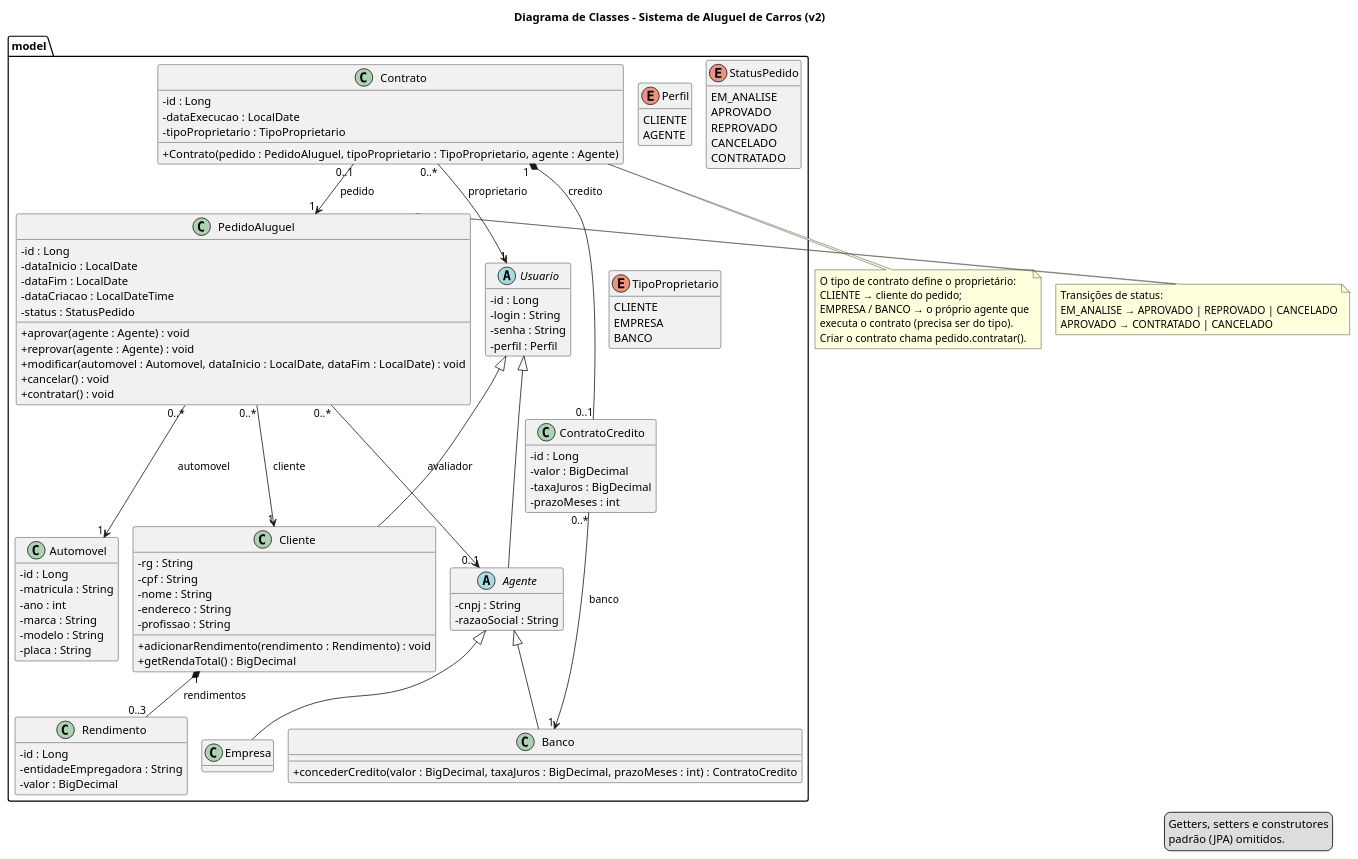
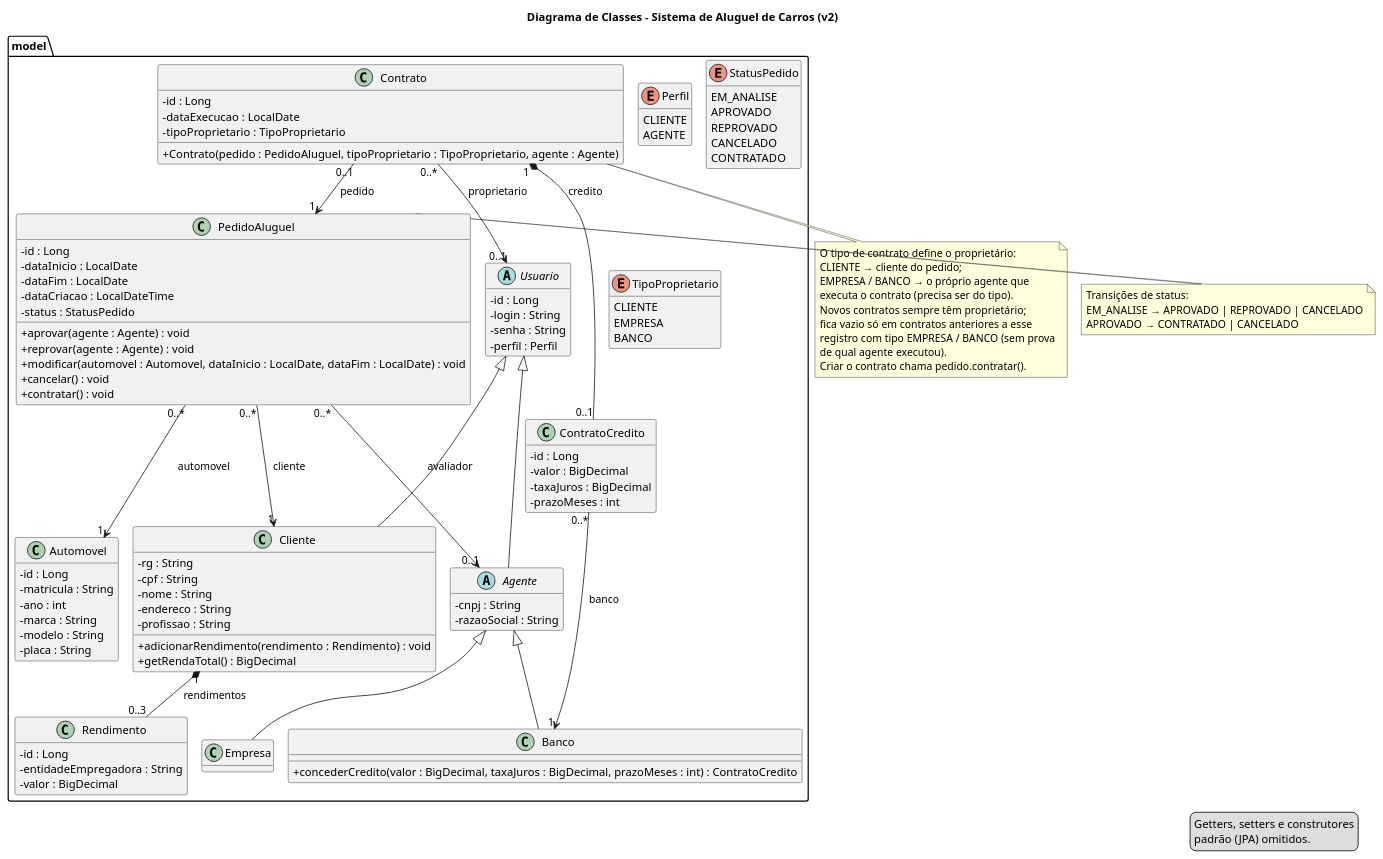
Before and after one commit to sophiafernandesc/car-rental-system: the diagram in docs/diagramas/classes/v2/classes.puml, drawn with PlantUML. The commit also changed 2 other files, not shown here.

Commit message:
docs: proprietário 0..1 no diagrama de classes e política de versionamento

```diff
--- a/docs/diagramas/classes/v2/classes.puml
+++ b/docs/diagramas/classes/v2/classes.puml
@@ -1,137 +1,141 @@
 @startuml classes
 ' Layout interno (dispensa instalação do Graphviz)
 !pragma layout smetana
 
 title Diagrama de Classes - Sistema de Aluguel de Carros (v2)
 
 skinparam classAttributeIconSize 0
 hide empty methods
 
 package "model" {
 
   abstract class Usuario {
     - id : Long
     - login : String
     - senha : String
     - perfil : Perfil
   }
 
   enum Perfil {
     CLIENTE
     AGENTE
   }
 
   class Cliente {
     - rg : String
     - cpf : String
     - nome : String
     - endereco : String
     - profissao : String
     + adicionarRendimento(rendimento : Rendimento) : void
     + getRendaTotal() : BigDecimal
   }
 
   class Rendimento {
     - id : Long
     - entidadeEmpregadora : String
     - valor : BigDecimal
   }
 
   abstract class Agente {
     - cnpj : String
     - razaoSocial : String
   }
 
   class Empresa
 
   class Banco {
     + concederCredito(valor : BigDecimal, taxaJuros : BigDecimal, prazoMeses : int) : ContratoCredito
   }
 
   class Automovel {
     - id : Long
     - matricula : String
     - ano : int
     - marca : String
     - modelo : String
     - placa : String
   }
 
   class PedidoAluguel {
     - id : Long
     - dataInicio : LocalDate
     - dataFim : LocalDate
     - dataCriacao : LocalDateTime
     - status : StatusPedido
     + aprovar(agente : Agente) : void
     + reprovar(agente : Agente) : void
     + modificar(automovel : Automovel, dataInicio : LocalDate, dataFim : LocalDate) : void
     + cancelar() : void
     + contratar() : void
   }
 
   enum StatusPedido {
     EM_ANALISE
     APROVADO
     REPROVADO
     CANCELADO
     CONTRATADO
   }
 
   class Contrato {
     - id : Long
     - dataExecucao : LocalDate
     - tipoProprietario : TipoProprietario
     + Contrato(pedido : PedidoAluguel, tipoProprietario : TipoProprietario, agente : Agente)
   }
 
   enum TipoProprietario {
     CLIENTE
     EMPRESA
     BANCO
   }
 
   class ContratoCredito {
     - id : Long
     - valor : BigDecimal
     - taxaJuros : BigDecimal
     - prazoMeses : int
   }
 }
 
 ' ===== Herança =====
 Usuario <|-- Cliente
 Usuario <|-- Agente
 Agente <|-- Empresa
 Agente <|-- Banco
 
 ' ===== Associações =====
 Cliente "1" *-- "0..3" Rendimento : rendimentos
 PedidoAluguel "0..*" --> "1" Cliente : cliente
 PedidoAluguel "0..*" --> "1" Automovel : automovel
 PedidoAluguel "0..*" --> "0..1" Agente : avaliador
 Contrato "0..1" --> "1" PedidoAluguel : pedido
 Contrato "1" *-- "0..1" ContratoCredito : credito
-Contrato "0..*" --> "1" Usuario : proprietario
+Contrato "0..*" --> "0..1" Usuario : proprietario
 ContratoCredito "0..*" --> "1" Banco : banco
 
 note bottom of Contrato
   O tipo de contrato define o proprietário:
   CLIENTE → cliente do pedido;
   EMPRESA / BANCO → o próprio agente que
   executa o contrato (precisa ser do tipo).
+  Novos contratos sempre têm proprietário;
+  fica vazio só em contratos anteriores a esse
+  registro com tipo EMPRESA / BANCO (sem prova
+  de qual agente executou).
   Criar o contrato chama pedido.contratar().
 end note
 
 note right of PedidoAluguel
   Transições de status:
   EM_ANALISE → APROVADO | REPROVADO | CANCELADO
   APROVADO → CONTRATADO | CANCELADO
 end note
 
 legend right
   Getters, setters e construtores
   padrão (JPA) omitidos.
 endlegend
 
 @enduml
```
